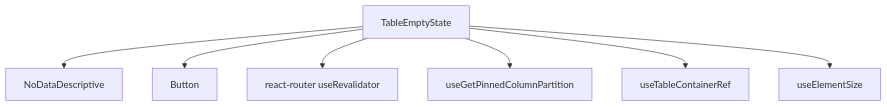
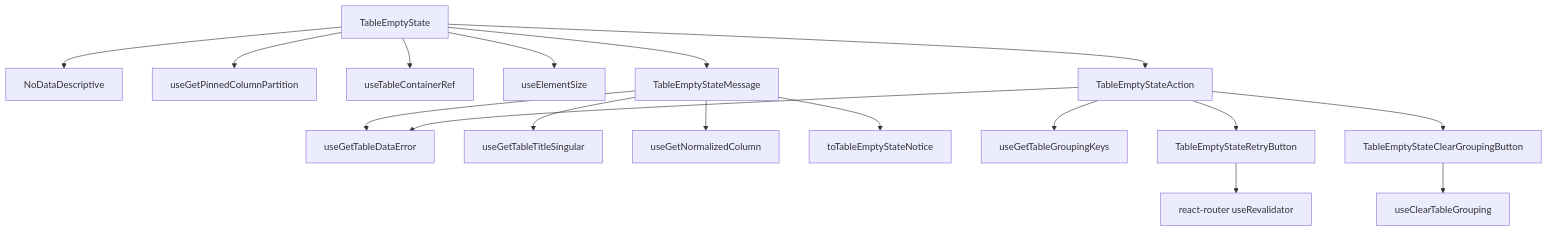
The diagram in packages/ui/src/components/Table/TableEmptyState/ARCHITECTURE.md (luciocabrera/lcabrera-stack), drawn with Mermaid before and after one commit. The commit also changed other lines of this file and 52 other files, not shown here.

````diff
--- a/packages/ui/src/components/Table/TableEmptyState/ARCHITECTURE.md
+++ b/packages/ui/src/components/Table/TableEmptyState/ARCHITECTURE.md
@@ -52,9 +141,17 @@
 ```mermaid
 flowchart TD
   TES[TableEmptyState] --> Icon[NoDataDescriptive]
-  TES --> Btn[Button]
-  TES --> RR[react-router useRevalidator]
   TES --> CG[useGetPinnedColumnPartition]
   TES --> CR[useTableContainerRef]
   TES --> ES[useElementSize]
+  TES --> MSG[TableEmptyStateMessage]
+  TES --> ACT[TableEmptyStateAction]
+  MSG --> ERR[useGetTableDataError]
+  MSG --> TTL[useGetTableTitleSingular]
+  MSG --> COL[useGetNormalizedColumn]
+  MSG --> NOTICE[toTableEmptyStateNotice]
+  ACT --> ERR
+  ACT --> KEYS[useGetTableGroupingKeys]
+  ACT --> RETRY[TableEmptyStateRetryButton] --> RR[react-router useRevalidator]
+  ACT --> CLEAR[TableEmptyStateClearGroupingButton] --> CTG[useClearTableGrouping]
 ```
````
